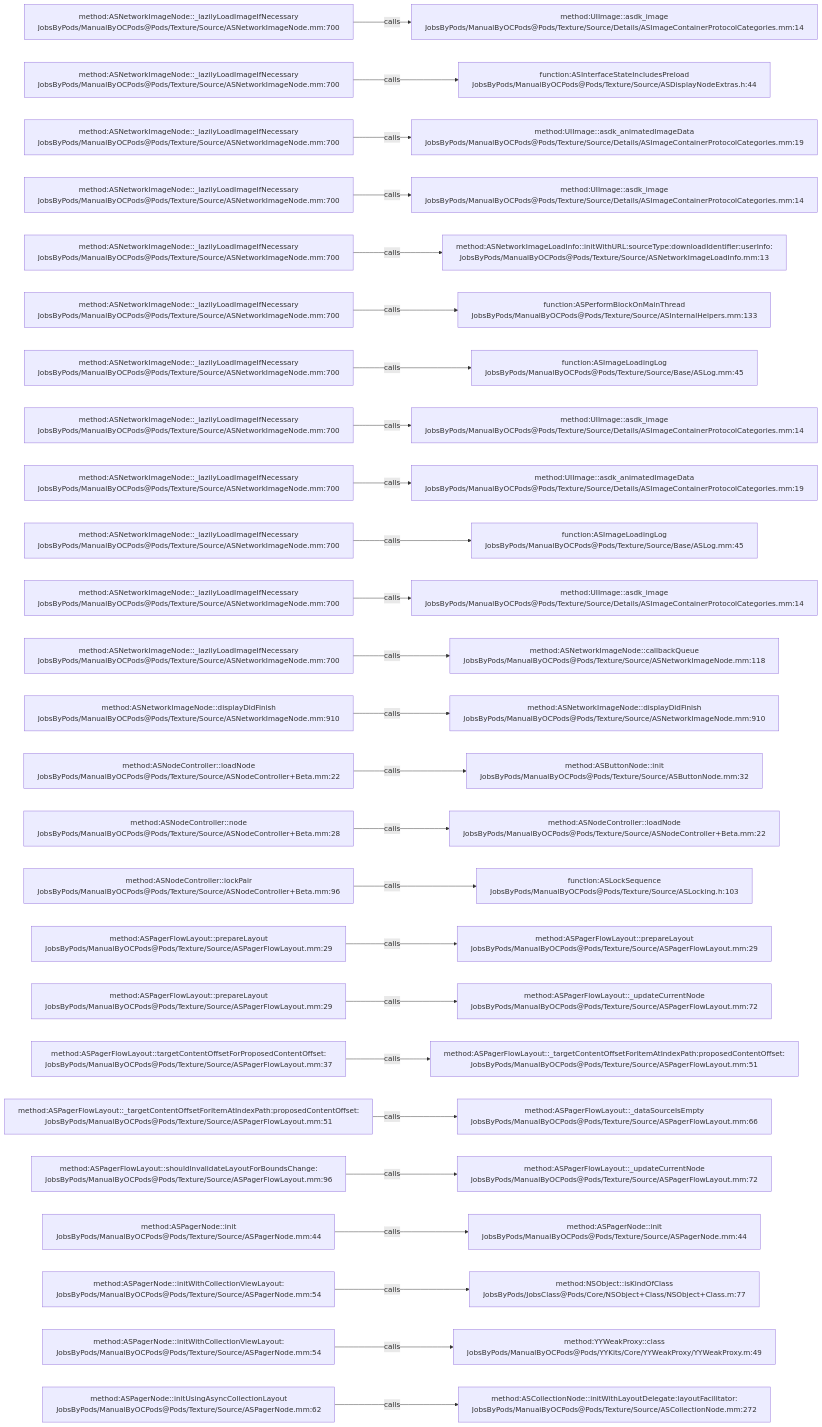
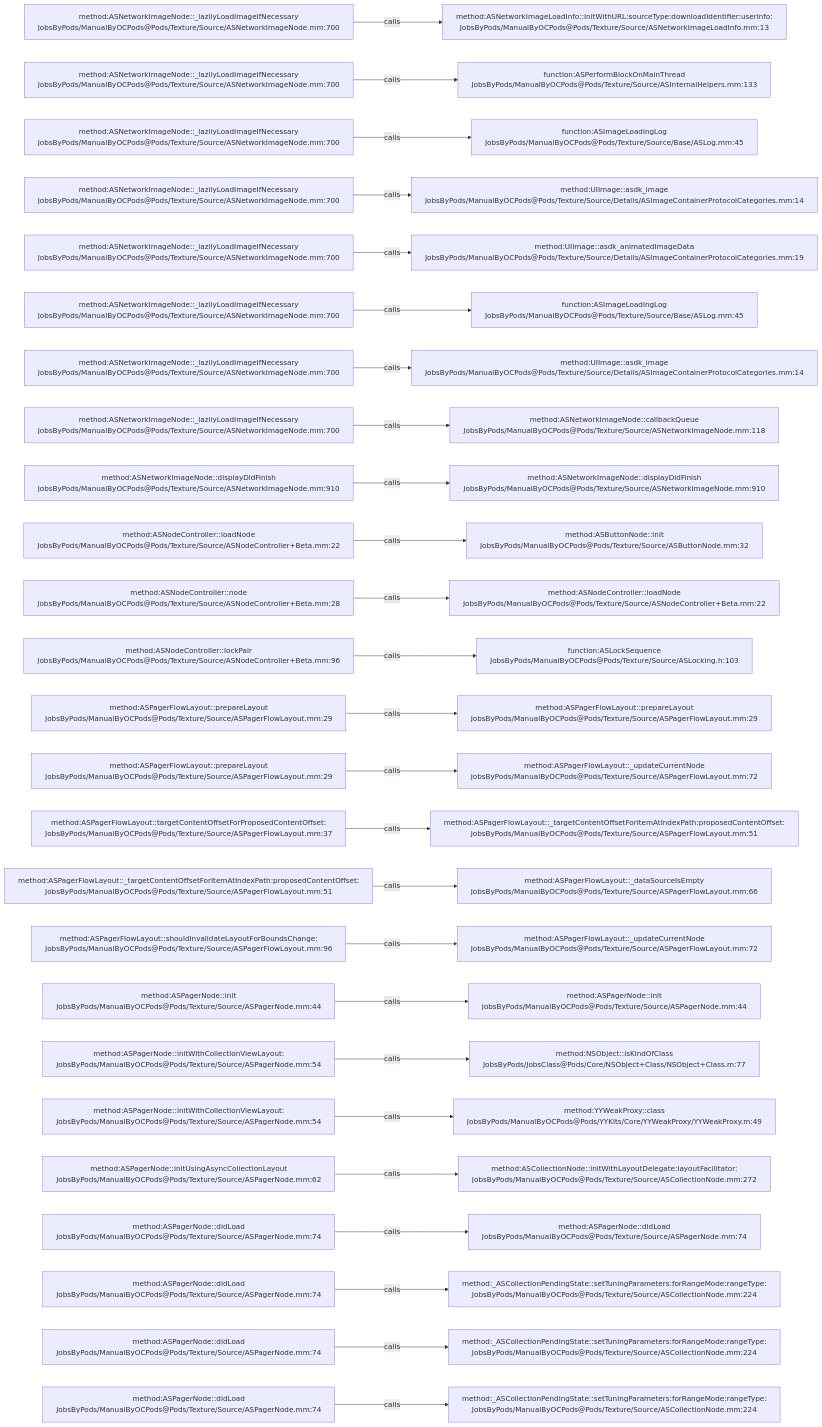
The diagram in .codegraph/codegraph.md/graphs/calls-117.md (JobsKits/JobsOCBaseConfigDemo), drawn with Mermaid before and after one commit. The commit also changed 727 other files, not shown here.

````diff
--- a/.codegraph/codegraph.md/graphs/calls-117.md
+++ b/.codegraph/codegraph.md/graphs/calls-117.md
@@ -13,78 +13,78 @@
 ```mermaid
 flowchart LR
   S1["method:ASNetworkImageNode::_lazilyLoadImageIfNecessary<br/>JobsByPods/ManualByOCPods@Pods/Texture/Source/ASNetworkImageNode.mm:700"]
-  T1["method:UIImage::asdk_image<br/>JobsByPods/ManualByOCPods@Pods/Texture/Source/Details/ASImageContainerProtocolCategories.mm:14"]
+  T1["method:ASNetworkImageLoadInfo::initWithURL:sourceType:downloadIdentifier:userInfo:<br/>JobsByPods/ManualByOCPods@Pods/Texture/Source/ASNetworkImageLoadInfo.mm:13"]
   S1 -->|calls| T1
   S2["method:ASNetworkImageNode::_lazilyLoadImageIfNecessary<br/>JobsByPods/ManualByOCPods@Pods/Texture/Source/ASNetworkImageNode.mm:700"]
-  T2["function:ASInterfaceStateIncludesPreload<br/>JobsByPods/ManualByOCPods@Pods/Texture/Source/ASDisplayNodeExtras.h:44"]
+  T2["function:ASPerformBlockOnMainThread<br/>JobsByPods/ManualByOCPods@Pods/Texture/Source/ASInternalHelpers.mm:133"]
   S2 -->|calls| T2
   S3["method:ASNetworkImageNode::_lazilyLoadImageIfNecessary<br/>JobsByPods/ManualByOCPods@Pods/Texture/Source/ASNetworkImageNode.mm:700"]
-  T3["method:UIImage::asdk_animatedImageData<br/>JobsByPods/ManualByOCPods@Pods/Texture/Source/Details/ASImageContainerProtocolCategories.mm:19"]
+  T3["function:ASImageLoadingLog<br/>JobsByPods/ManualByOCPods@Pods/Texture/Source/Base/ASLog.mm:45"]
   S3 -->|calls| T3
   S4["method:ASNetworkImageNode::_lazilyLoadImageIfNecessary<br/>JobsByPods/ManualByOCPods@Pods/Texture/Source/ASNetworkImageNode.mm:700"]
   T4["method:UIImage::asdk_image<br/>JobsByPods/ManualByOCPods@Pods/Texture/Source/Details/ASImageContainerProtocolCategories.mm:14"]
   S4 -->|calls| T4
   S5["method:ASNetworkImageNode::_lazilyLoadImageIfNecessary<br/>JobsByPods/ManualByOCPods@Pods/Texture/Source/ASNetworkImageNode.mm:700"]
-  T5["method:ASNetworkImageLoadInfo::initWithURL:sourceType:downloadIdentifier:userInfo:<br/>JobsByPods/ManualByOCPods@Pods/Texture/Source/ASNetworkImageLoadInfo.mm:13"]
+  T5["method:UIImage::asdk_animatedImageData<br/>JobsByPods/ManualByOCPods@Pods/Texture/Source/Details/ASImageContainerProtocolCategories.mm:19"]
   S5 -->|calls| T5
   S6["method:ASNetworkImageNode::_lazilyLoadImageIfNecessary<br/>JobsByPods/ManualByOCPods@Pods/Texture/Source/ASNetworkImageNode.mm:700"]
-  T6["function:ASPerformBlockOnMainThread<br/>JobsByPods/ManualByOCPods@Pods/Texture/Source/ASInternalHelpers.mm:133"]
+  T6["function:ASImageLoadingLog<br/>JobsByPods/ManualByOCPods@Pods/Texture/Source/Base/ASLog.mm:45"]
   S6 -->|calls| T6
   S7["method:ASNetworkImageNode::_lazilyLoadImageIfNecessary<br/>JobsByPods/ManualByOCPods@Pods/Texture/Source/ASNetworkImageNode.mm:700"]
-  T7["function:ASImageLoadingLog<br/>JobsByPods/ManualByOCPods@Pods/Texture/Source/Base/ASLog.mm:45"]
+  T7["method:UIImage::asdk_image<br/>JobsByPods/ManualByOCPods@Pods/Texture/Source/Details/ASImageContainerProtocolCategories.mm:14"]
   S7 -->|calls| T7
   S8["method:ASNetworkImageNode::_lazilyLoadImageIfNecessary<br/>JobsByPods/ManualByOCPods@Pods/Texture/Source/ASNetworkImageNode.mm:700"]
-  T8["method:UIImage::asdk_image<br/>JobsByPods/ManualByOCPods@Pods/Texture/Source/Details/ASImageContainerProtocolCategories.mm:14"]
+  T8["method:ASNetworkImageNode::callbackQueue<br/>JobsByPods/ManualByOCPods@Pods/Texture/Source/ASNetworkImageNode.mm:118"]
   S8 -->|calls| T8
-  S9["method:ASNetworkImageNode::_lazilyLoadImageIfNecessary<br/>JobsByPods/ManualByOCPods@Pods/Texture/Source/ASNetworkImageNode.mm:700"]
-  T9["method:UIImage::asdk_animatedImageData<br/>JobsByPods/ManualByOCPods@Pods/Texture/Source/Details/ASImageContainerProtocolCategories.mm:19"]
+  S9["method:ASNetworkImageNode::displayDidFinish<br/>JobsByPods/ManualByOCPods@Pods/Texture/Source/ASNetworkImageNode.mm:910"]
+  T9["method:ASNetworkImageNode::displayDidFinish<br/>JobsByPods/ManualByOCPods@Pods/Texture/Source/ASNetworkImageNode.mm:910"]
   S9 -->|calls| T9
-  S10["method:ASNetworkImageNode::_lazilyLoadImageIfNecessary<br/>JobsByPods/ManualByOCPods@Pods/Texture/Source/ASNetworkImageNode.mm:700"]
-  T10["function:ASImageLoadingLog<br/>JobsByPods/ManualByOCPods@Pods/Texture/Source/Base/ASLog.mm:45"]
+  S10["method:ASNodeController::loadNode<br/>JobsByPods/ManualByOCPods@Pods/Texture/Source/ASNodeController+Beta.mm:22"]
+  T10["method:ASButtonNode::init<br/>JobsByPods/ManualByOCPods@Pods/Texture/Source/ASButtonNode.mm:32"]
   S10 -->|calls| T10
-  S11["method:ASNetworkImageNode::_lazilyLoadImageIfNecessary<br/>JobsByPods/ManualByOCPods@Pods/Texture/Source/ASNetworkImageNode.mm:700"]
-  T11["method:UIImage::asdk_image<br/>JobsByPods/ManualByOCPods@Pods/Texture/Source/Details/ASImageContainerProtocolCategories.mm:14"]
+  S11["method:ASNodeController::node<br/>JobsByPods/ManualByOCPods@Pods/Texture/Source/ASNodeController+Beta.mm:28"]
+  T11["method:ASNodeController::loadNode<br/>JobsByPods/ManualByOCPods@Pods/Texture/Source/ASNodeController+Beta.mm:22"]
   S11 -->|calls| T11
-  S12["method:ASNetworkImageNode::_lazilyLoadImageIfNecessary<br/>JobsByPods/ManualByOCPods@Pods/Texture/Source/ASNetworkImageNode.mm:700"]
-  T12["method:ASNetworkImageNode::callbackQueue<br/>JobsByPods/ManualByOCPods@Pods/Texture/Source/ASNetworkImageNode.mm:118"]
+  S12["method:ASNodeController::lockPair<br/>JobsByPods/ManualByOCPods@Pods/Texture/Source/ASNodeController+Beta.mm:96"]
+  T12["function:ASLockSequence<br/>JobsByPods/ManualByOCPods@Pods/Texture/Source/ASLocking.h:103"]
   S12 -->|calls| T12
-  S13["method:ASNetworkImageNode::displayDidFinish<br/>JobsByPods/ManualByOCPods@Pods/Texture/Source/ASNetworkImageNode.mm:910"]
-  T13["method:ASNetworkImageNode::displayDidFinish<br/>JobsByPods/ManualByOCPods@Pods/Texture/Source/ASNetworkImageNode.mm:910"]
+  S13["method:ASPagerFlowLayout::prepareLayout<br/>JobsByPods/ManualByOCPods@Pods/Texture/Source/ASPagerFlowLayout.mm:29"]
+  T13["method:ASPagerFlowLayout::prepareLayout<br/>JobsByPods/ManualByOCPods@Pods/Texture/Source/ASPagerFlowLayout.mm:29"]
   S13 -->|calls| T13
-  S14["method:ASNodeController::loadNode<br/>JobsByPods/ManualByOCPods@Pods/Texture/Source/ASNodeController+Beta.mm:22"]
-  T14["method:ASButtonNode::init<br/>JobsByPods/ManualByOCPods@Pods/Texture/Source/ASButtonNode.mm:32"]
+  S14["method:ASPagerFlowLayout::prepareLayout<br/>JobsByPods/ManualByOCPods@Pods/Texture/Source/ASPagerFlowLayout.mm:29"]
+  T14["method:ASPagerFlowLayout::_updateCurrentNode<br/>JobsByPods/ManualByOCPods@Pods/Texture/Source/ASPagerFlowLayout.mm:72"]
   S14 -->|calls| T14
-  S15["method:ASNodeController::node<br/>JobsByPods/ManualByOCPods@Pods/Texture/Source/ASNodeController+Beta.mm:28"]
-  T15["method:ASNodeController::loadNode<br/>JobsByPods/ManualByOCPods@Pods/Texture/Source/ASNodeController+Beta.mm:22"]
+  S15["method:ASPagerFlowLayout::targetContentOffsetForProposedContentOffset:<br/>JobsByPods/ManualByOCPods@Pods/Texture/Source/ASPagerFlowLayout.mm:37"]
+  T15["method:ASPagerFlowLayout::_targetContentOffsetForItemAtIndexPath:proposedContentOffset:<br/>JobsByPods/ManualByOCPods@Pods/Texture/Source/ASPagerFlowLayout.mm:51"]
   S15 -->|calls| T15
-  S16["method:ASNodeController::lockPair<br/>JobsByPods/ManualByOCPods@Pods/Texture/Source/ASNodeController+Beta.mm:96"]
-  T16["function:ASLockSequence<br/>JobsByPods/ManualByOCPods@Pods/Texture/Source/ASLocking.h:103"]
+  S16["method:ASPagerFlowLayout::_targetContentOffsetForItemAtIndexPath:proposedContentOffset:<br/>JobsByPods/ManualByOCPods@Pods/Texture/Source/ASPagerFlowLayout.mm:51"]
+  T16["method:ASPagerFlowLayout::_dataSourceIsEmpty<br/>JobsByPods/ManualByOCPods@Pods/Texture/Source/ASPagerFlowLayout.mm:66"]
   S16 -->|calls| T16
-  S17["method:ASPagerFlowLayout::prepareLayout<br/>JobsByPods/ManualByOCPods@Pods/Texture/Source/ASPagerFlowLayout.mm:29"]
-  T17["method:ASPagerFlowLayout::prepareLayout<br/>JobsByPods/ManualByOCPods@Pods/Texture/Source/ASPagerFlowLayout.mm:29"]
+  S17["method:ASPagerFlowLayout::shouldInvalidateLayoutForBoundsChange:<br/>JobsByPods/ManualByOCPods@Pods/Texture/Source/ASPagerFlowLayout.mm:96"]
+  T17["method:ASPagerFlowLayout::_updateCurrentNode<br/>JobsByPods/ManualByOCPods@Pods/Texture/Source/ASPagerFlowLayout.mm:72"]
   S17 -->|calls| T17
-  S18["method:ASPagerFlowLayout::prepareLayout<br/>JobsByPods/ManualByOCPods@Pods/Texture/Source/ASPagerFlowLayout.mm:29"]
-  T18["method:ASPagerFlowLayout::_updateCurrentNode<br/>JobsByPods/ManualByOCPods@Pods/Texture/Source/ASPagerFlowLayout.mm:72"]
+  S18["method:ASPagerNode::init<br/>JobsByPods/ManualByOCPods@Pods/Texture/Source/ASPagerNode.mm:44"]
+  T18["method:ASPagerNode::init<br/>JobsByPods/ManualByOCPods@Pods/Texture/Source/ASPagerNode.mm:44"]
   S18 -->|calls| T18
-  S19["method:ASPagerFlowLayout::targetContentOffsetForProposedContentOffset:<br/>JobsByPods/ManualByOCPods@Pods/Texture/Source/ASPagerFlowLayout.mm:37"]
-  T19["method:ASPagerFlowLayout::_targetContentOffsetForItemAtIndexPath:proposedContentOffset:<br/>JobsByPods/ManualByOCPods@Pods/Texture/Source/ASPagerFlowLayout.mm:51"]
+  S19["method:ASPagerNode::initWithCollectionViewLayout:<br/>JobsByPods/ManualByOCPods@Pods/Texture/Source/ASPagerNode.mm:54"]
+  T19["method:NSObject::isKindOfClass<br/>JobsByPods/JobsClass@Pods/Core/NSObject+Class/NSObject+Class.m:77"]
   S19 -->|calls| T19
-  S20["method:ASPagerFlowLayout::_targetContentOffsetForItemAtIndexPath:proposedContentOffset:<br/>JobsByPods/ManualByOCPods@Pods/Texture/Source/ASPagerFlowLayout.mm:51"]
-  T20["method:ASPagerFlowLayout::_dataSourceIsEmpty<br/>JobsByPods/ManualByOCPods@Pods/Texture/Source/ASPagerFlowLayout.mm:66"]
+  S20["method:ASPagerNode::initWithCollectionViewLayout:<br/>JobsByPods/ManualByOCPods@Pods/Texture/Source/ASPagerNode.mm:54"]
+  T20["method:YYWeakProxy::class<br/>JobsByPods/ManualByOCPods@Pods/YYKits/Core/YYWeakProxy/YYWeakProxy.m:49"]
   S20 -->|calls| T20
-  S21["method:ASPagerFlowLayout::shouldInvalidateLayoutForBoundsChange:<br/>JobsByPods/ManualByOCPods@Pods/Texture/Source/ASPagerFlowLayout.mm:96"]
-  T21["method:ASPagerFlowLayout::_updateCurrentNode<br/>JobsByPods/ManualByOCPods@Pods/Texture/Source/ASPagerFlowLayout.mm:72"]
+  S21["method:ASPagerNode::initUsingAsyncCollectionLayout<br/>JobsByPods/ManualByOCPods@Pods/Texture/Source/ASPagerNode.mm:62"]
+  T21["method:ASCollectionNode::initWithLayoutDelegate:layoutFacilitator:<br/>JobsByPods/ManualByOCPods@Pods/Texture/Source/ASCollectionNode.mm:272"]
   S21 -->|calls| T21
-  S22["method:ASPagerNode::init<br/>JobsByPods/ManualByOCPods@Pods/Texture/Source/ASPagerNode.mm:44"]
-  T22["method:ASPagerNode::init<br/>JobsByPods/ManualByOCPods@Pods/Texture/Source/ASPagerNode.mm:44"]
+  S22["method:ASPagerNode::didLoad<br/>JobsByPods/ManualByOCPods@Pods/Texture/Source/ASPagerNode.mm:74"]
+  T22["method:ASPagerNode::didLoad<br/>JobsByPods/ManualByOCPods@Pods/Texture/Source/ASPagerNode.mm:74"]
   S22 -->|calls| T22
-  S23["method:ASPagerNode::initWithCollectionViewLayout:<br/>JobsByPods/ManualByOCPods@Pods/Texture/Source/ASPagerNode.mm:54"]
-  T23["method:NSObject::isKindOfClass<br/>JobsByPods/JobsClass@Pods/Core/NSObject+Class/NSObject+Class.m:77"]
+  S23["method:ASPagerNode::didLoad<br/>JobsByPods/ManualByOCPods@Pods/Texture/Source/ASPagerNode.mm:74"]
+  T23["method:_ASCollectionPendingState::setTuningParameters:forRangeMode:rangeType:<br/>JobsByPods/ManualByOCPods@Pods/Texture/Source/ASCollectionNode.mm:224"]
   S23 -->|calls| T23
-  S24["method:ASPagerNode::initWithCollectionViewLayout:<br/>JobsByPods/ManualByOCPods@Pods/Texture/Source/ASPagerNode.mm:54"]
-  T24["method:YYWeakProxy::class<br/>JobsByPods/ManualByOCPods@Pods/YYKits/Core/YYWeakProxy/YYWeakProxy.m:49"]
+  S24["method:ASPagerNode::didLoad<br/>JobsByPods/ManualByOCPods@Pods/Texture/Source/ASPagerNode.mm:74"]
+  T24["method:_ASCollectionPendingState::setTuningParameters:forRangeMode:rangeType:<br/>JobsByPods/ManualByOCPods@Pods/Texture/Source/ASCollectionNode.mm:224"]
   S24 -->|calls| T24
-  S25["method:ASPagerNode::initUsingAsyncCollectionLayout<br/>JobsByPods/ManualByOCPods@Pods/Texture/Source/ASPagerNode.mm:62"]
-  T25["method:ASCollectionNode::initWithLayoutDelegate:layoutFacilitator:<br/>JobsByPods/ManualByOCPods@Pods/Texture/Source/ASCollectionNode.mm:272"]
+  S25["method:ASPagerNode::didLoad<br/>JobsByPods/ManualByOCPods@Pods/Texture/Source/ASPagerNode.mm:74"]
+  T25["method:_ASCollectionPendingState::setTuningParameters:forRangeMode:rangeType:<br/>JobsByPods/ManualByOCPods@Pods/Texture/Source/ASCollectionNode.mm:224"]
   S25 -->|calls| T25
 ```
````
